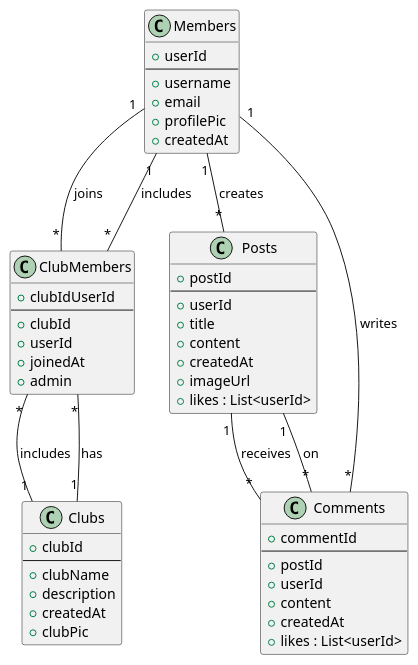
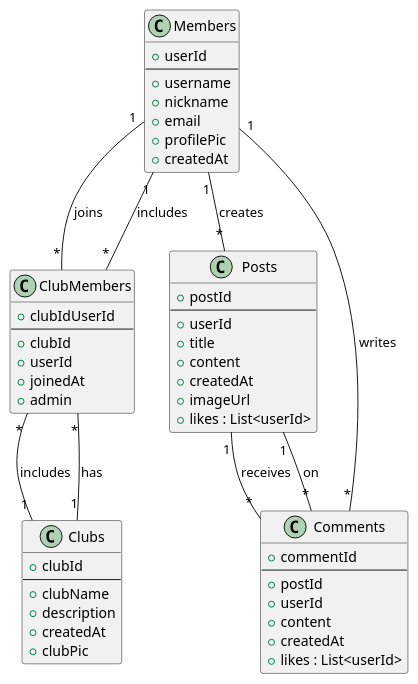
The diagram in lib/database.puml (hwangtaewook/view_finder), drawn with PlantUML before and after one commit. The commit also changed 1 other file, not shown here.

```diff
--- a/lib/database.puml
+++ b/lib/database.puml
@@ -1,62 +1,63 @@
 @startuml Firestore_Structure
 
 class Members {
     + userId
     --
     + username
+    + nickname
     + email
     + profilePic
     + createdAt
 }
 
 class Clubs {
     + clubId
     --
     + clubName
     + description
     + createdAt
     + clubPic
 }
 
 class ClubMembers {
     + clubIdUserId
     --
     + clubId
     + userId
     + joinedAt
     + admin
 }
 
 class Posts {
     + postId
     --
     + userId
     + title
     + content
     + createdAt
     + imageUrl
     + likes : List<userId>
 }
 
 class Comments {
     + commentId
     --
     + postId
     + userId
     + content
     + createdAt
     + likes : List<userId>
 }
 
 Members "1" -- "*" ClubMembers : "joins"
 Clubs "1" -- "*" ClubMembers : "has"
 ClubMembers "*" -- "1" Members : "includes"
 ClubMembers "*" -- "1" Clubs : "includes"
 
 Members "1" -- "*" Posts : "creates"
 Posts "1" -- "*" Comments : "receives"
 Comments "*" -- "1" Posts : "on"
 
 Members "1" -- "*" Comments : "writes"
 
 @enduml
```
